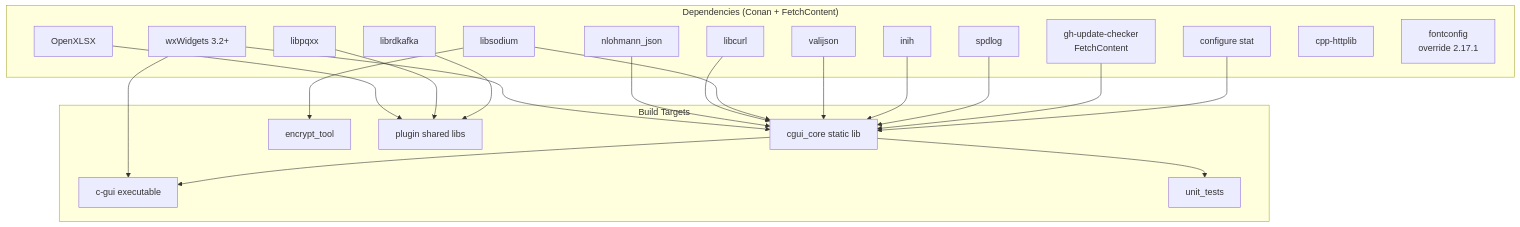
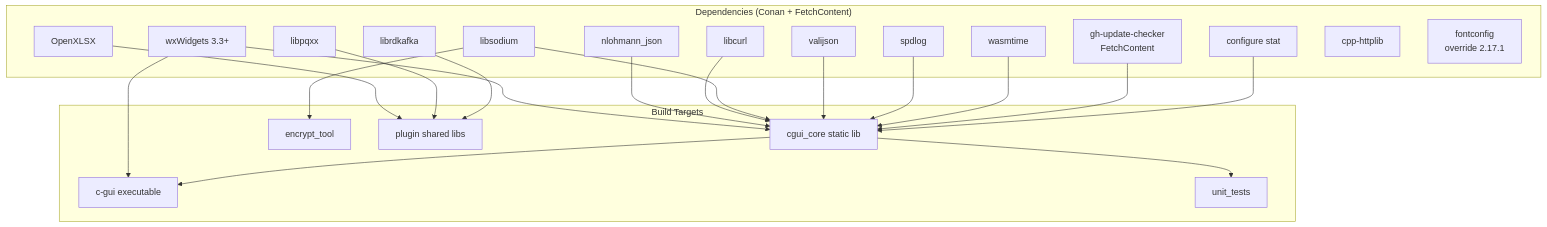
The diagram in docs/technical/07-build-system.md (Zheng-Bote/c-gui), drawn with Mermaid before and after one commit. The commit also changed other lines of this file and 55 other files, not shown here.

````diff
--- a/docs/technical/07-build-system.md
+++ b/docs/technical/07-build-system.md
@@ -19,45 +19,45 @@
 ```mermaid
 graph TD
     subgraph "Dependencies (Conan + FetchContent)"
-        WX[wxWidgets 3.2+]
+        WX[wxWidgets 3.3+]
         NL[nlohmann_json]
         CL[libcurl]
         LS[libsodium]
         VJ[valijson]
-        IN[inih]
         SD[spdlog]
         OX[OpenXLSX]
         PQ[libpqxx]
         RK[librdkafka]
+        WT[wasmtime]
         CT[Catch2 v3]
         GH[gh-update-checker\nFetchContent]
         CH[cpp-httplib]
         FC[fontconfig\noverride 2.17.1]
     end
 
     subgraph "Build Targets"
         CT[configure stat]
         CG[cgui_core static lib]
         CE[c-gui executable]
         ET[encrypt_tool]
         PL[plugin shared libs]
         UT[unit_tests]
     end
 
     WX --> CG
     NL --> CG
     WX --> CE
     CL --> CG
     LS --> CG
     LS --> ET
     VJ --> CG
-    IN --> CG
     SD --> CG
+    WT --> CG
     OX --> PL
     PQ --> PL
     RK --> PL
     GH --> CG
     CG --> CE
     CG --> UT
     CT --> CG
 ```
````
